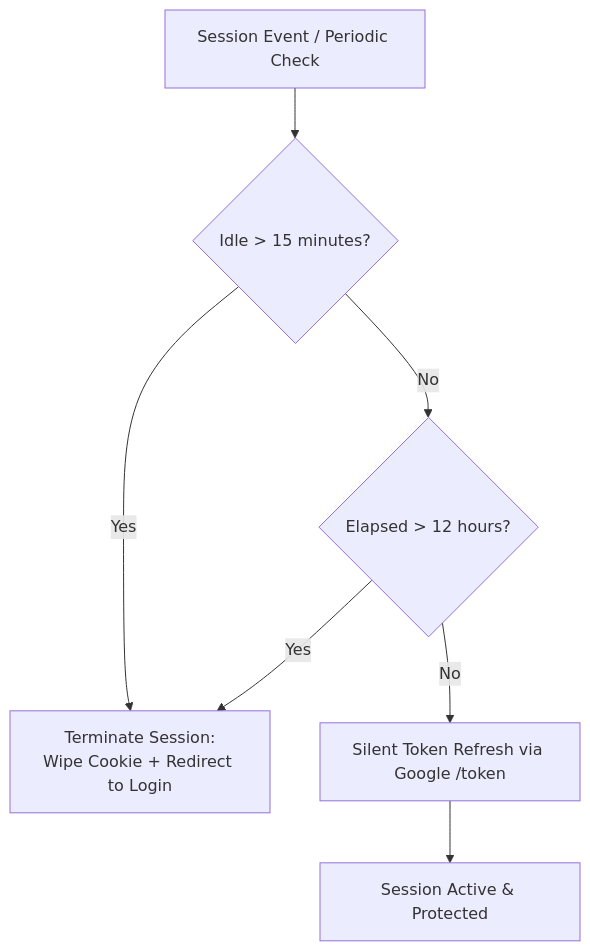
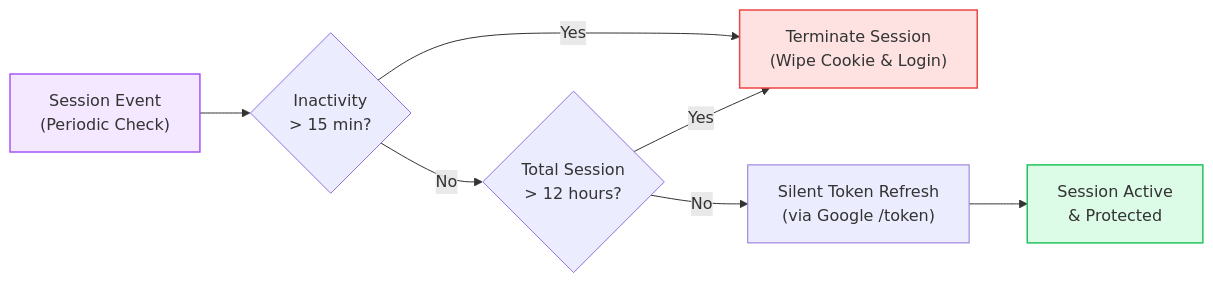
One commit to Kenono2000/enterprise-rag-pgvector-rbac changed the third of 6 diagrams in README.md. Above: the diagram before and after it, drawn with Mermaid. The commit also changed other lines of this file and 21 other files, not shown here.

````diff
--- a/README.md
+++ b/README.md
@@ -319,9 +354,13 @@
 ```mermaid
-flowchart TD
-    Check[Session Event / Periodic Check] --> Idle{Idle > 15 minutes?}
-    Idle -->|Yes| Terminate[Terminate Session:<br/>Wipe Cookie + Redirect to Login]
-    Idle -->|No| Ceiling{Elapsed > 12 hours?}
+flowchart LR
+    Check["Session Event<br/>(Periodic Check)"] --> Idle{"Inactivity<br/>> 15 min?"}
+    Idle -->|Yes| Terminate["Terminate Session<br/>(Wipe Cookie & Login)"]
+    Idle -->|No| Ceiling{"Total Session<br/>> 12 hours?"}
     Ceiling -->|Yes| Terminate
-    Ceiling -->|No| Refresh[Silent Token Refresh via Google /token]
-    Refresh --> OK[Session Active & Protected]
+    Ceiling -->|No| Refresh["Silent Token Refresh<br/>(via Google /token)"]
+    Refresh --> OK["Session Active<br/>& Protected"]
+
+    style Terminate fill:#fee2e2,stroke:#ef4444,stroke-width:1.5px
+    style OK fill:#dcfce7,stroke:#22c55e,stroke-width:1.5px
+    style Check fill:#f3e8ff,stroke:#a855f7,stroke-width:1.5px
 ```
````
